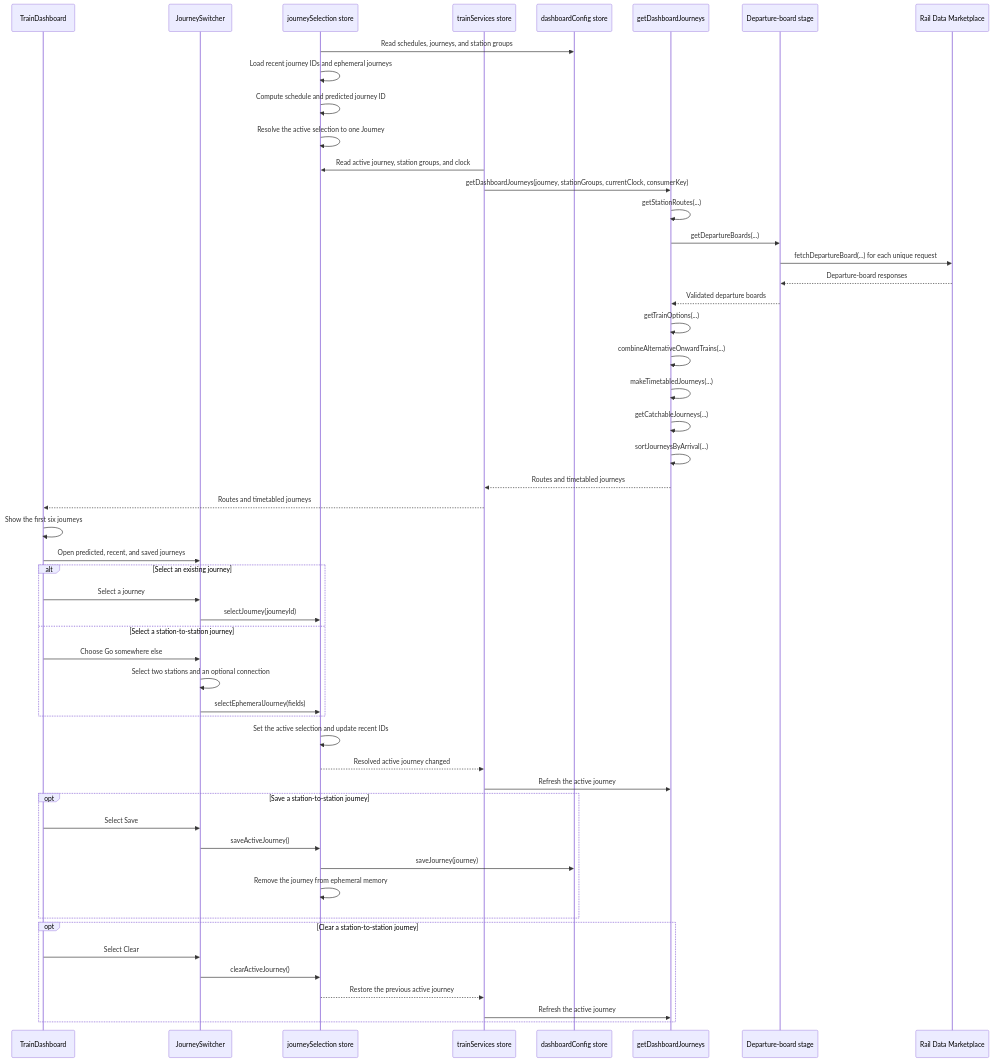
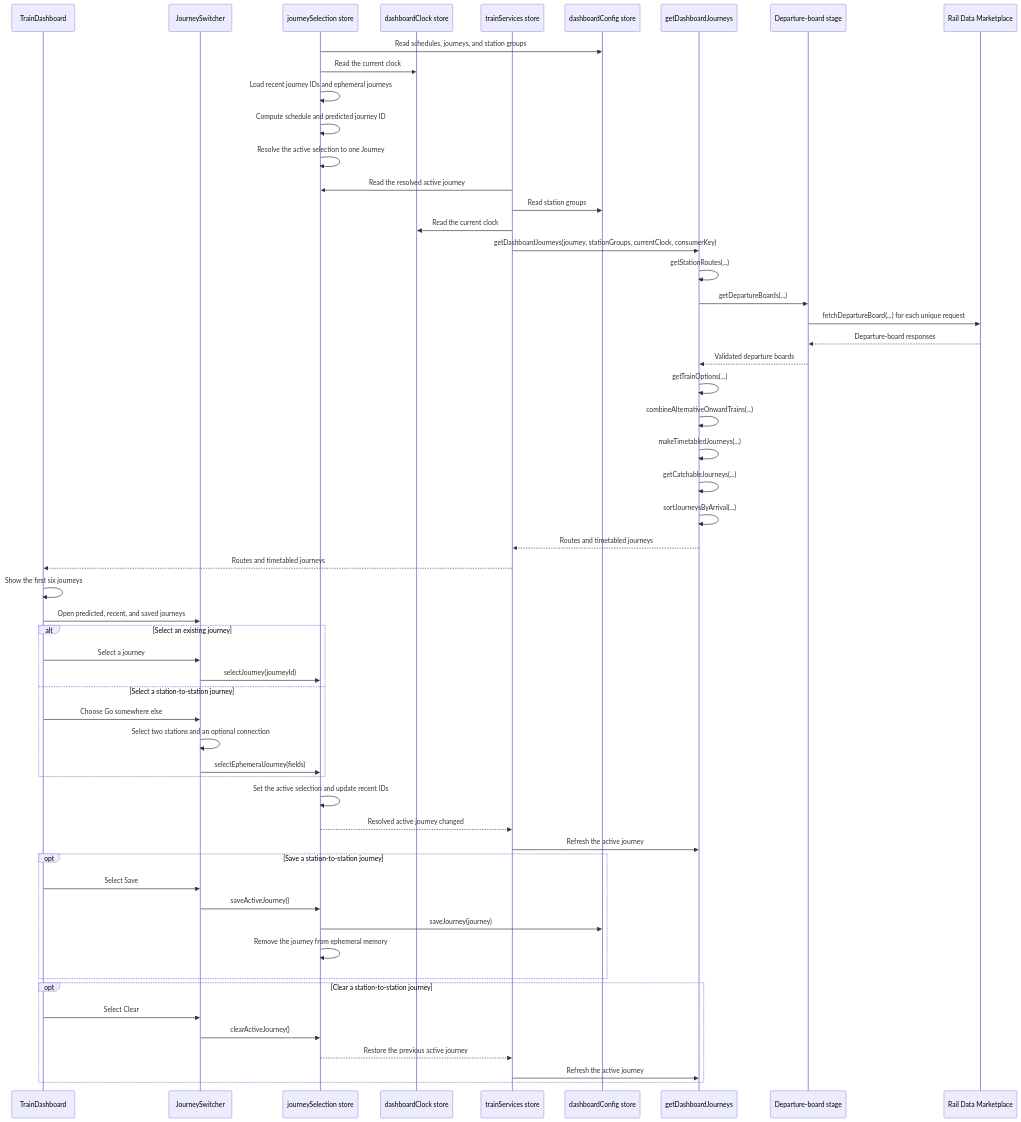
One commit to nd9600/trainDashboard changed the first of 2 diagrams in docs/journey-planning.md. Above: the diagram before and after it, drawn with Mermaid. The commit also changed other lines of this file and 12 other files, not shown here.

````diff
--- a/docs/journey-planning.md
+++ b/docs/journey-planning.md
@@ -37,58 +37,62 @@
 ```mermaid
 sequenceDiagram
     participant UI as TrainDashboard
     participant Switcher as JourneySwitcher
     participant Selection as journeySelection store
+    participant Clock as dashboardClock store
     participant Store as trainServices store
     participant Config as dashboardConfig store
     participant Pipeline as getDashboardJourneys
     participant Boards as Departure-board stage
     participant API as Rail Data Marketplace
 
     Selection->>Config: Read schedules, journeys, and station groups
+    Selection->>Clock: Read the current clock
     Selection->>Selection: Load recent journey IDs and ephemeral journeys
     Selection->>Selection: Compute schedule and predicted journey ID
     Selection->>Selection: Resolve the active selection to one Journey
-    Store->>Selection: Read active journey, station groups, and clock
+    Store->>Selection: Read the resolved active journey
+    Store->>Config: Read station groups
+    Store->>Clock: Read the current clock
     Store->>Pipeline: getDashboardJourneys(journey, stationGroups, currentClock, consumerKey)
     Pipeline->>Pipeline: getStationRoutes(...)
     Pipeline->>Boards: getDepartureBoards(...)
     Boards->>API: fetchDepartureBoard(...) for each unique request
     API-->>Boards: Departure-board responses
     Boards-->>Pipeline: Validated departure boards
     Pipeline->>Pipeline: getTrainOptions(...)
     Pipeline->>Pipeline: combineAlternativeOnwardTrains(...)
     Pipeline->>Pipeline: makeTimetabledJourneys(...)
     Pipeline->>Pipeline: getCatchableJourneys(...)
     Pipeline->>Pipeline: sortJourneysByArrival(...)
     Pipeline-->>Store: Routes and timetabled journeys
     Store-->>UI: Routes and timetabled journeys
     UI->>UI: Show the first six journeys
 
     UI->>Switcher: Open predicted, recent, and saved journeys
     alt Select an existing journey
         UI->>Switcher: Select a journey
         Switcher->>Selection: selectJourney(journeyId)
     else Select a station-to-station journey
         UI->>Switcher: Choose Go somewhere else
         Switcher->>Switcher: Select two stations and an optional connection
         Switcher->>Selection: selectEphemeralJourney(fields)
     end
     Selection->>Selection: Set the active selection and update recent IDs
     Selection-->>Store: Resolved active journey changed
     Store->>Pipeline: Refresh the active journey
 
     opt Save a station-to-station journey
         UI->>Switcher: Select Save
         Switcher->>Selection: saveActiveJourney()
         Selection->>Config: saveJourney(journey)
         Selection->>Selection: Remove the journey from ephemeral memory
     end
 
     opt Clear a station-to-station journey
         UI->>Switcher: Select Clear
         Switcher->>Selection: clearActiveJourney()
         Selection-->>Store: Restore the previous active journey
         Store->>Pipeline: Refresh the active journey
     end
 ```
````
